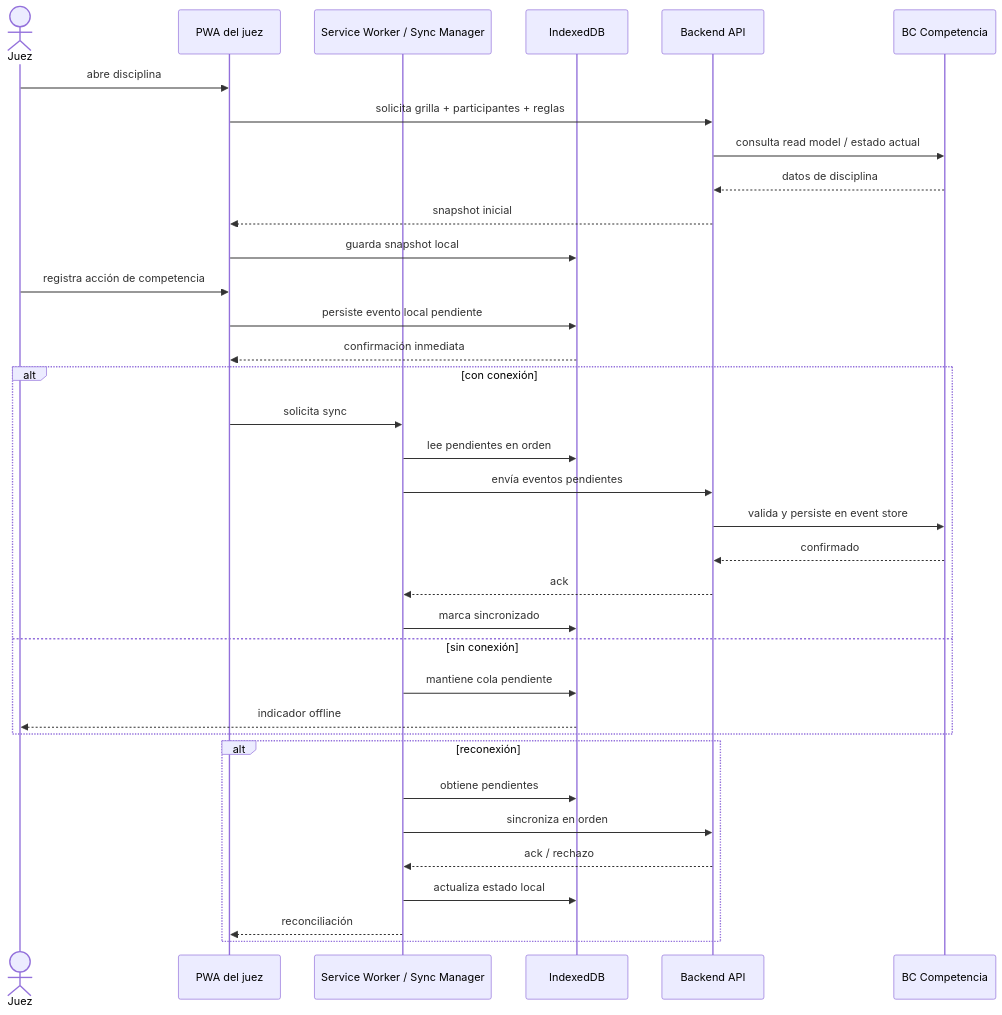
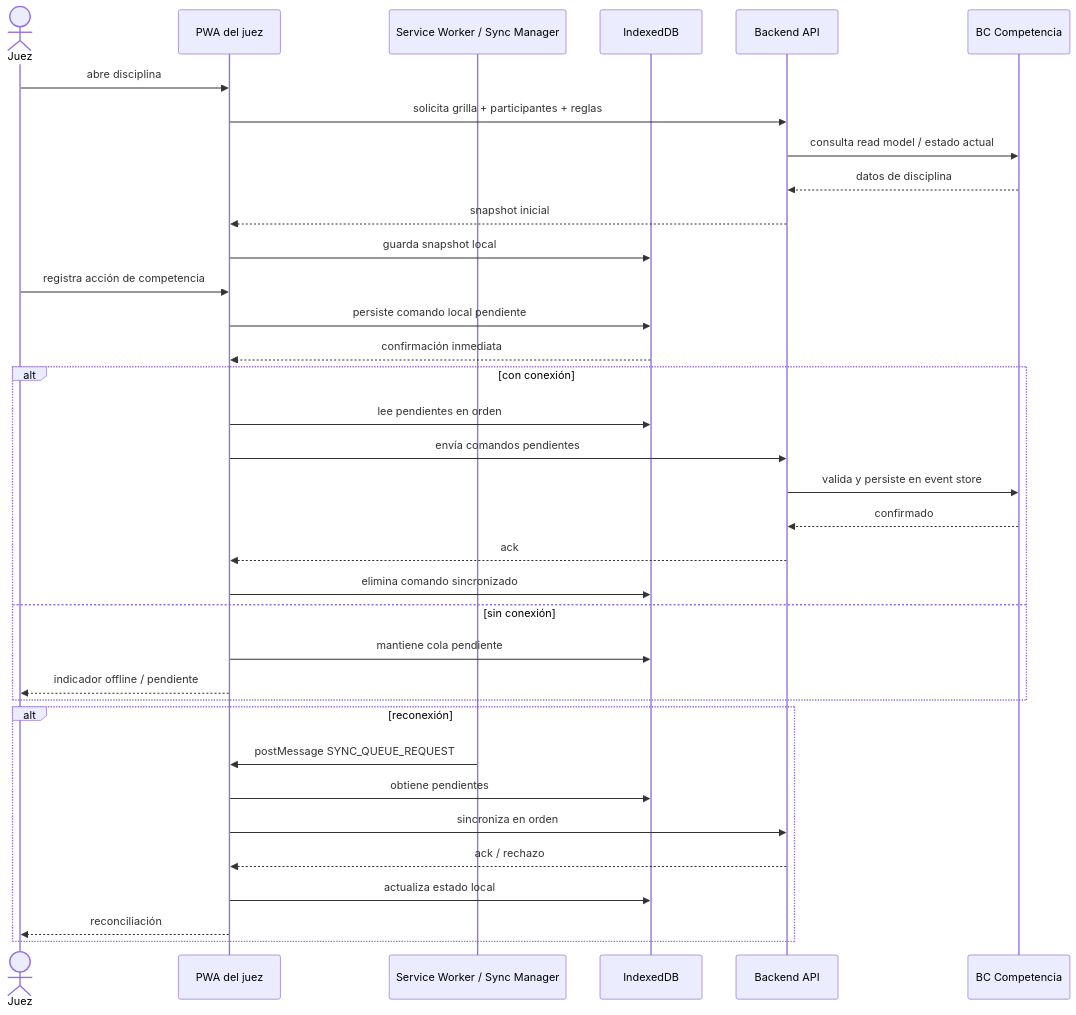
One commit to vvalotto/ataraxiadive changed the diagram in docs/architecture/50-offline-sync.md. Above: the diagram before and after it, drawn with Mermaid. The commit also changed other lines of this file and 16 other files, not shown here.

````diff
--- a/docs/architecture/50-offline-sync.md
+++ b/docs/architecture/50-offline-sync.md
@@ -75,41 +91,41 @@
 ```mermaid
 sequenceDiagram
     actor J as Juez
     participant PWA as PWA del juez
     participant SW as Service Worker / Sync Manager
     participant IDB as IndexedDB
     participant API as Backend API
     participant COMP as BC Competencia
 
     J->>PWA: abre disciplina
     PWA->>API: solicita grilla + participantes + reglas
     API->>COMP: consulta read model / estado actual
     COMP-->>API: datos de disciplina
     API-->>PWA: snapshot inicial
     PWA->>IDB: guarda snapshot local
 
     J->>PWA: registra acción de competencia
-    PWA->>IDB: persiste evento local pendiente
+    PWA->>IDB: persiste comando local pendiente
     IDB-->>PWA: confirmación inmediata
 
     alt con conexión
-        PWA->>SW: solicita sync
-        SW->>IDB: lee pendientes en orden
-        SW->>API: envía eventos pendientes
+        PWA->>IDB: lee pendientes en orden
+        PWA->>API: envía comandos pendientes
         API->>COMP: valida y persiste en event store
         COMP-->>API: confirmado
-        API-->>SW: ack
-        SW->>IDB: marca sincronizado
+        API-->>PWA: ack
+        PWA->>IDB: elimina comando sincronizado
     else sin conexión
-        SW->>IDB: mantiene cola pendiente
-        IDB-->>J: indicador offline
+        PWA->>IDB: mantiene cola pendiente
+        PWA-->>J: indicador offline / pendiente
     end
 
     alt reconexión
-        SW->>IDB: obtiene pendientes
-        SW->>API: sincroniza en orden
-        API-->>SW: ack / rechazo
-        SW->>IDB: actualiza estado local
-        SW-->>PWA: reconciliación
+        SW->>PWA: postMessage SYNC_QUEUE_REQUEST
+        PWA->>IDB: obtiene pendientes
+        PWA->>API: sincroniza en orden
+        API-->>PWA: ack / rechazo
+        PWA->>IDB: actualiza estado local
+        PWA-->>J: reconciliación
     end
 ```
````
